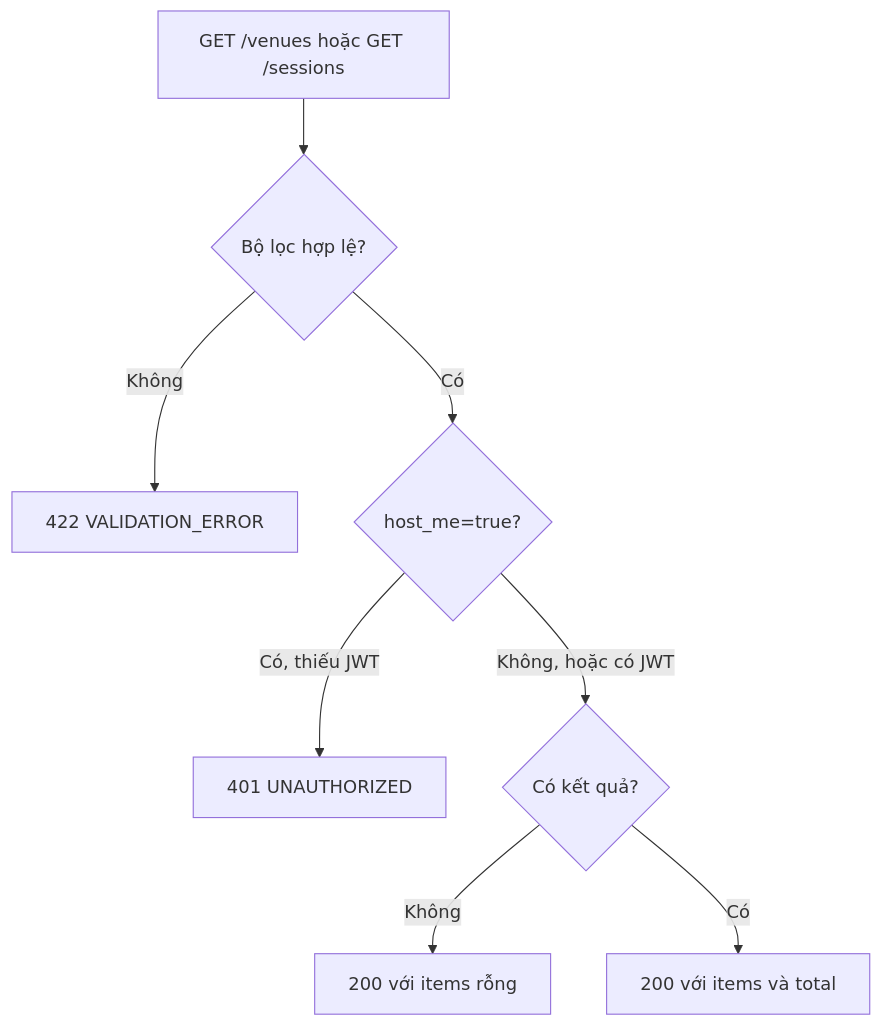
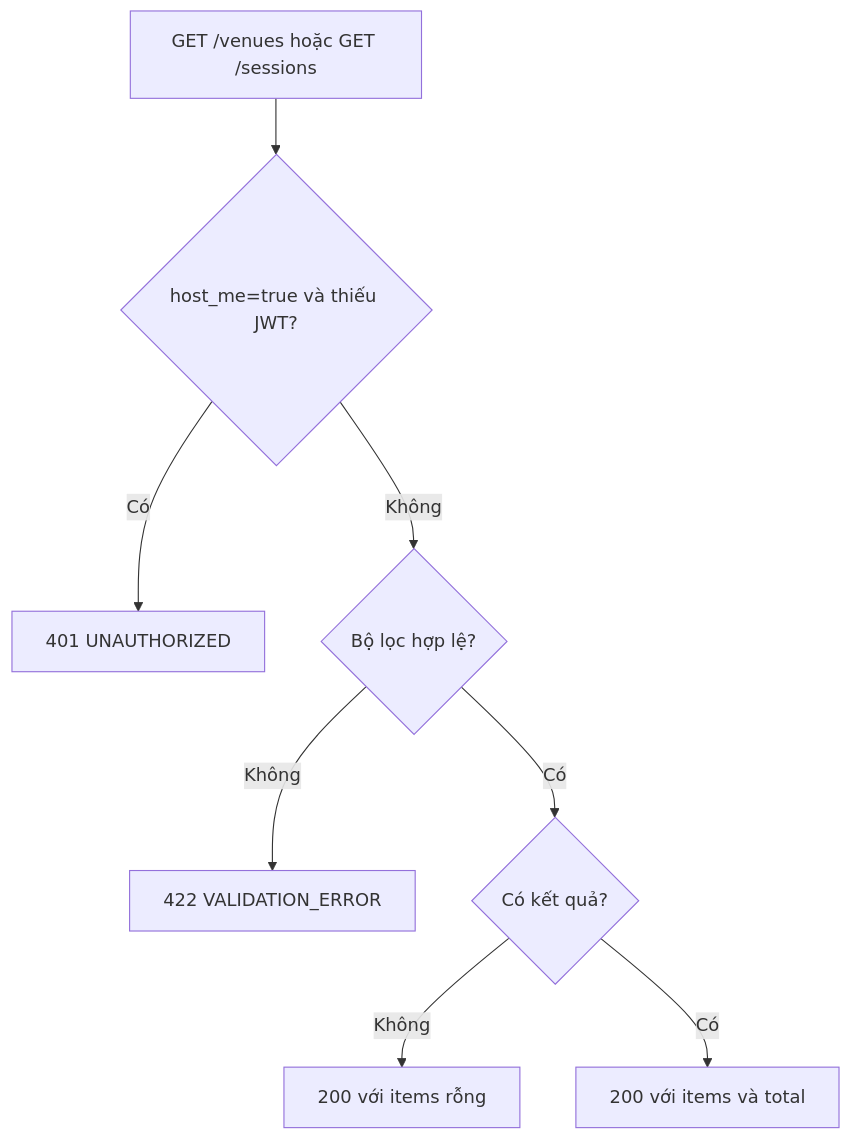
Before and after one commit to datdooo/matchmate-backend: the first of 4 diagrams in docs/tuan-2-hoan-thien-api/luong-nghiep-vu.md, drawn with Mermaid. The commit also changed other lines of this file and 6 other files, not shown here.

````diff
--- a/docs/tuan-2-hoan-thien-api/luong-nghiep-vu.md
+++ b/docs/tuan-2-hoan-thien-api/luong-nghiep-vu.md
@@ -16,10 +16,10 @@
 ```mermaid
 flowchart TD
-    A["GET /venues hoặc GET /sessions"] --> B{"Bộ lọc hợp lệ?"}
-    B -->|Không| C["422 VALIDATION_ERROR"]
-    B -->|Có| D{"host_me=true?"}
-    D -->|Có, thiếu JWT| E["401 UNAUTHORIZED"]
-    D -->|Không, hoặc có JWT| F{"Có kết quả?"}
+    A["GET /venues hoặc GET /sessions"] --> B{"host_me=true và thiếu JWT?"}
+    B -->|Có| C["401 UNAUTHORIZED"]
+    B -->|Không| D{"Bộ lọc hợp lệ?"}
+    D -->|Không| E["422 VALIDATION_ERROR"]
+    D -->|Có| F{"Có kết quả?"}
     F -->|Không| G["200 với items rỗng"]
     F -->|Có| H["200 với items và total"]
 ```
````
